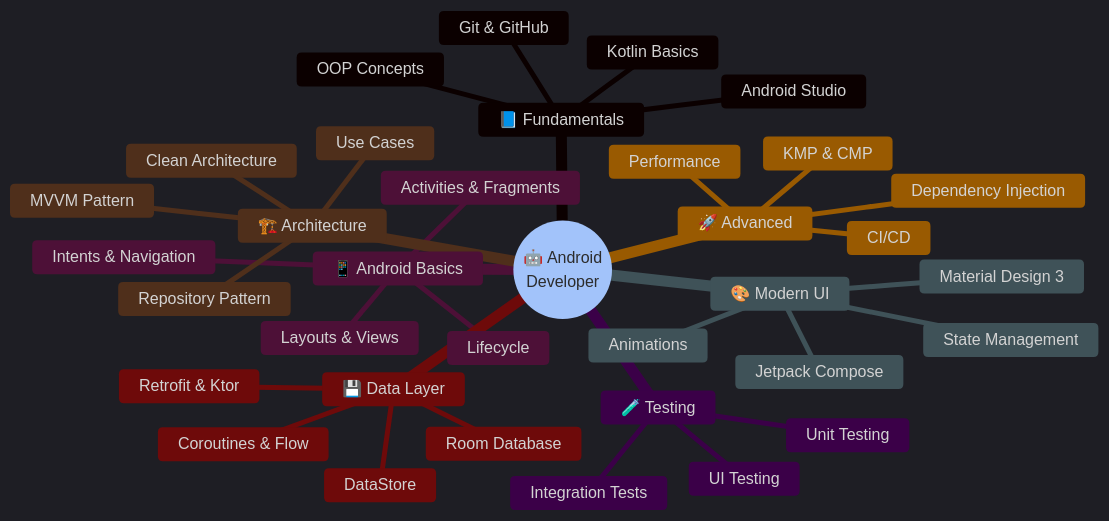
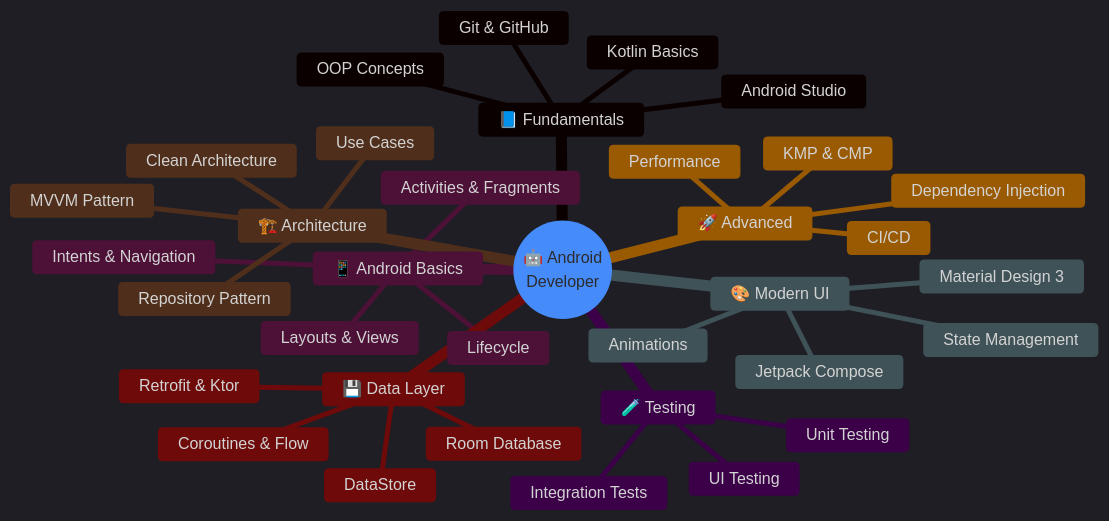
One commit to anujsinghdev/android-engineer-roadmap changed the first of 4 diagrams in README.md. Above: the diagram before and after it, drawn with Mermaid.

````diff
--- a/README.md
+++ b/README.md
@@ -60,39 +60,39 @@
 ```mermaid
-%%{init: {'theme': 'dark', 'themeVariables': { 'primaryColor': '#3DDC84', 'primaryTextColor': '#fff', 'primaryBorderColor': '#3DDC84', 'lineColor': '#7F52FF', 'secondaryColor': '#4285F4', 'tertiaryColor': '#2b2b2b'}}}%%
+%%{init: {'theme': 'dark', 'themeVariables': { 'primaryColor': '#3DDC84', 'primaryTextColor': '#fff', 'primaryBorderColor': '#3DDC84', 'lineColor': '#7F52FF', 'secondaryColor': '#0655d4ff', 'tertiaryColor': '#e7e7e7ff'}}}%%
 mindmap
   root((🤖 Android<br/>Developer))
     📘 Fundamentals
       Kotlin Basics
       OOP Concepts
       Git & GitHub
       Android Studio
     📱 Android Basics
       Activities & Fragments
       Layouts & Views
       Intents & Navigation
       Lifecycle
     🎨 Modern UI
       Jetpack Compose
       Material Design 3
       State Management
       Animations
     🏗️ Architecture
       MVVM Pattern
       Clean Architecture
       Use Cases
       Repository Pattern
     💾 Data Layer
       Room Database
       DataStore
       Retrofit & Ktor
       Coroutines & Flow
     🧪 Testing
       Unit Testing
       UI Testing
       Integration Tests
     🚀 Advanced
       Dependency Injection
       KMP & CMP
       Performance
       CI/CD
 ```
````
